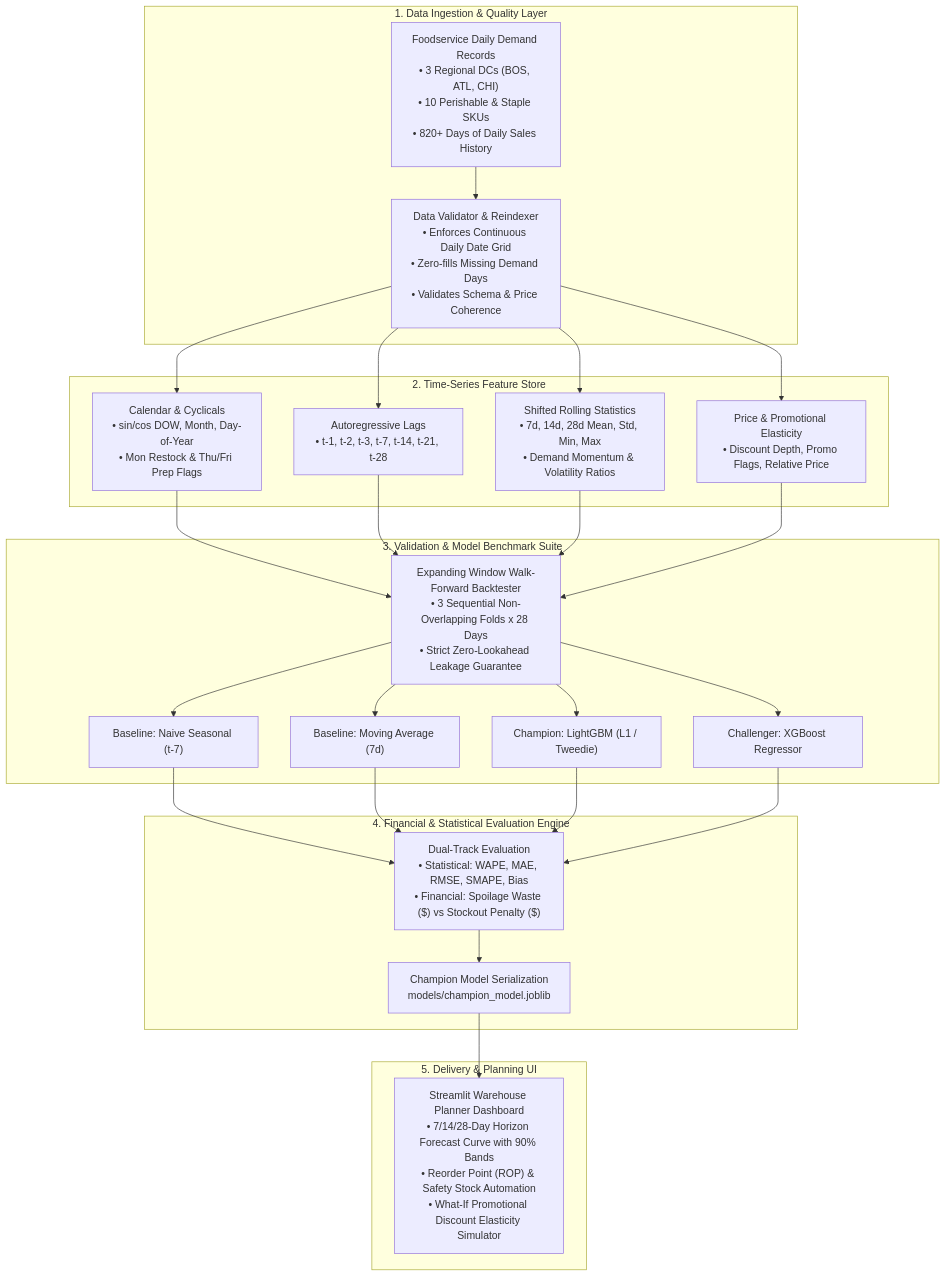
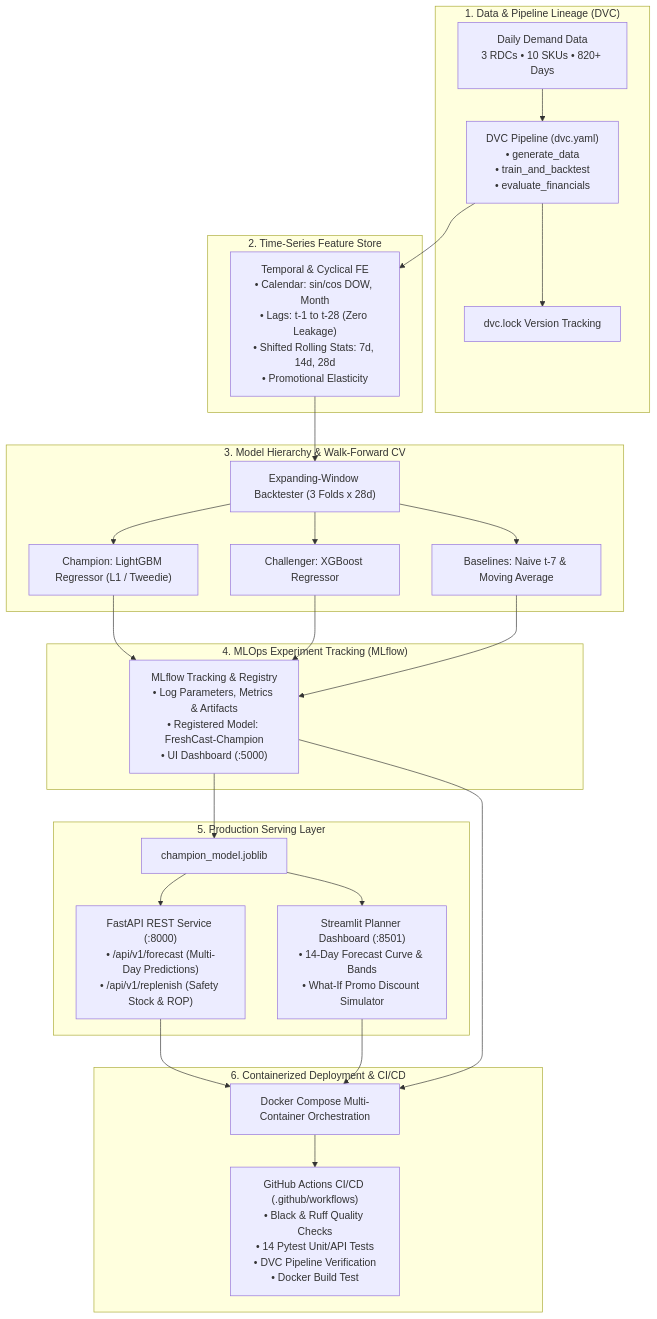
The second of 2 diagrams in README.md (AbQaadir/FreshCast), drawn with Mermaid before and after one commit. The commit also changed other lines of this file and 51 other files, not shown here.

Commit message:
feat(mlops): Integrate DVC pipelines, MLflow tracking & registry, FastAPI REST service, Docker Compose, and GitHub Actions CI/CD

````diff
--- a/README.md
+++ b/README.md
@@ -76,36 +84,33 @@
 ```mermaid
 flowchart TD
-    subgraph Layer1 ["1. Data Ingestion & Quality Layer"]
-        Raw["Foodservice Daily Demand Records<br/>• 3 Regional DCs (BOS, ATL, CHI)<br/>• 10 Perishable & Staple SKUs<br/>• 820+ Days of Daily Sales History"]
-        Clean["Data Validator & Reindexer<br/>• Enforces Continuous Daily Date Grid<br/>• Zero-fills Missing Demand Days<br/>• Validates Schema & Price Coherence"]
-        Raw --> Clean
+    subgraph DataOps ["1. Data & Pipeline Lineage (DVC)"]
+        Raw["Daily Demand Data<br/>3 RDCs • 10 SKUs • 820+ Days"] --> DVC["DVC Pipeline (dvc.yaml)<br/>• generate_data<br/>• train_and_backtest<br/>• evaluate_financials"]
+        DVC --> Locked["dvc.lock Version Tracking"]
     end
 
-    subgraph Layer2 ["2. Time-Series Feature Store"]
-        FE1["Calendar & Cyclicals<br/>• sin/cos DOW, Month, Day-of-Year<br/>• Mon Restock & Thu/Fri Prep Flags"]
-        FE2["Autoregressive Lags<br/>• t-1, t-2, t-3, t-7, t-14, t-21, t-28"]
-        FE3["Shifted Rolling Statistics<br/>• 7d, 14d, 28d Mean, Std, Min, Max<br/>• Demand Momentum & Volatility Ratios"]
-        FE4["Price & Promotional Elasticity<br/>• Discount Depth, Promo Flags, Relative Price"]
-        Clean --> FE1 & FE2 & FE3 & FE4
+    subgraph FeatureStore ["2. Time-Series Feature Store"]
+        DVC --> FE["Temporal & Cyclical FE<br/>• Calendar: sin/cos DOW, Month<br/>• Lags: t-1 to t-28 (Zero Leakage)<br/>• Shifted Rolling Stats: 7d, 14d, 28d<br/>• Promotional Elasticity"]
     end
 
-    subgraph Layer3 ["3. Validation & Model Benchmark Suite"]
-        Split["Expanding Window Walk-Forward Backtester<br/>• 3 Sequential Non-Overlapping Folds x 28 Days<br/>• Strict Zero-Lookahead Leakage Guarantee"]
-        FE1 & FE2 & FE3 & FE4 --> Split
-
-        M1["Baseline: Naive Seasonal (t-7)"]
-        M2["Baseline: Moving Average (7d)"]
-        M3["Champion: LightGBM (L1 / Tweedie)"]
-        M4["Challenger: XGBoost Regressor"]
-        Split --> M1 & M2 & M3 & M4
+    subgraph Training ["3. Model Hierarchy & Walk-Forward CV"]
+        FE --> Split["Expanding-Window Backtester (3 Folds x 28d)"]
+        Split --> Baselines["Baselines: Naive t-7 & Moving Average"]
+        Split --> ML["Champion: LightGBM Regressor (L1 / Tweedie)"]
+        Split --> XGB["Challenger: XGBoost Regressor"]
     end
 
-    subgraph Layer4 ["4. Financial & Statistical Evaluation Engine"]
-        M1 & M2 & M3 & M4 --> Eval["Dual-Track Evaluation<br/>• Statistical: WAPE, MAE, RMSE, SMAPE, Bias<br/>• Financial: Spoilage Waste ($) vs Stockout Penalty ($)"]
-        Eval --> Best["Champion Model Serialization<br/>models/champion_model.joblib"]
+    subgraph Tracking ["4. MLOps Experiment Tracking (MLflow)"]
+        ML & XGB & Baselines --> MLflow["MLflow Tracking & Registry<br/>• Log Parameters, Metrics & Artifacts<br/>• Registered Model: FreshCast-Champion<br/>• UI Dashboard (:5000)"]
     end
 
-    subgraph Layer5 ["5. Delivery & Planning UI"]
-        Best --> App["Streamlit Warehouse Planner Dashboard<br/>• 7/14/28-Day Horizon Forecast Curve with 90% Bands<br/>• Reorder Point (ROP) & Safety Stock Automation<br/>• What-If Promotional Discount Elasticity Simulator"]
+    subgraph Serving ["5. Production Serving Layer"]
+        MLflow --> Bundle["champion_model.joblib"]
+        Bundle --> API["FastAPI REST Service (:8000)<br/>• /api/v1/forecast (Multi-Day Predictions)<br/>• /api/v1/replenish (Safety Stock & ROP)"]
+        Bundle --> UI["Streamlit Planner Dashboard (:8501)<br/>• 14-Day Forecast Curve & Bands<br/>• What-If Promo Discount Simulator"]
+    end
+
+    subgraph Deployment ["6. Containerized Deployment & CI/CD"]
+        API & UI & MLflow --> Docker["Docker Compose Multi-Container Orchestration"]
+        Docker --> CI["GitHub Actions CI/CD (.github/workflows)<br/>• Black & Ruff Quality Checks<br/>• 14 Pytest Unit/API Tests<br/>• DVC Pipeline Verification<br/>• Docker Build Test"]
     end
 ```
````
